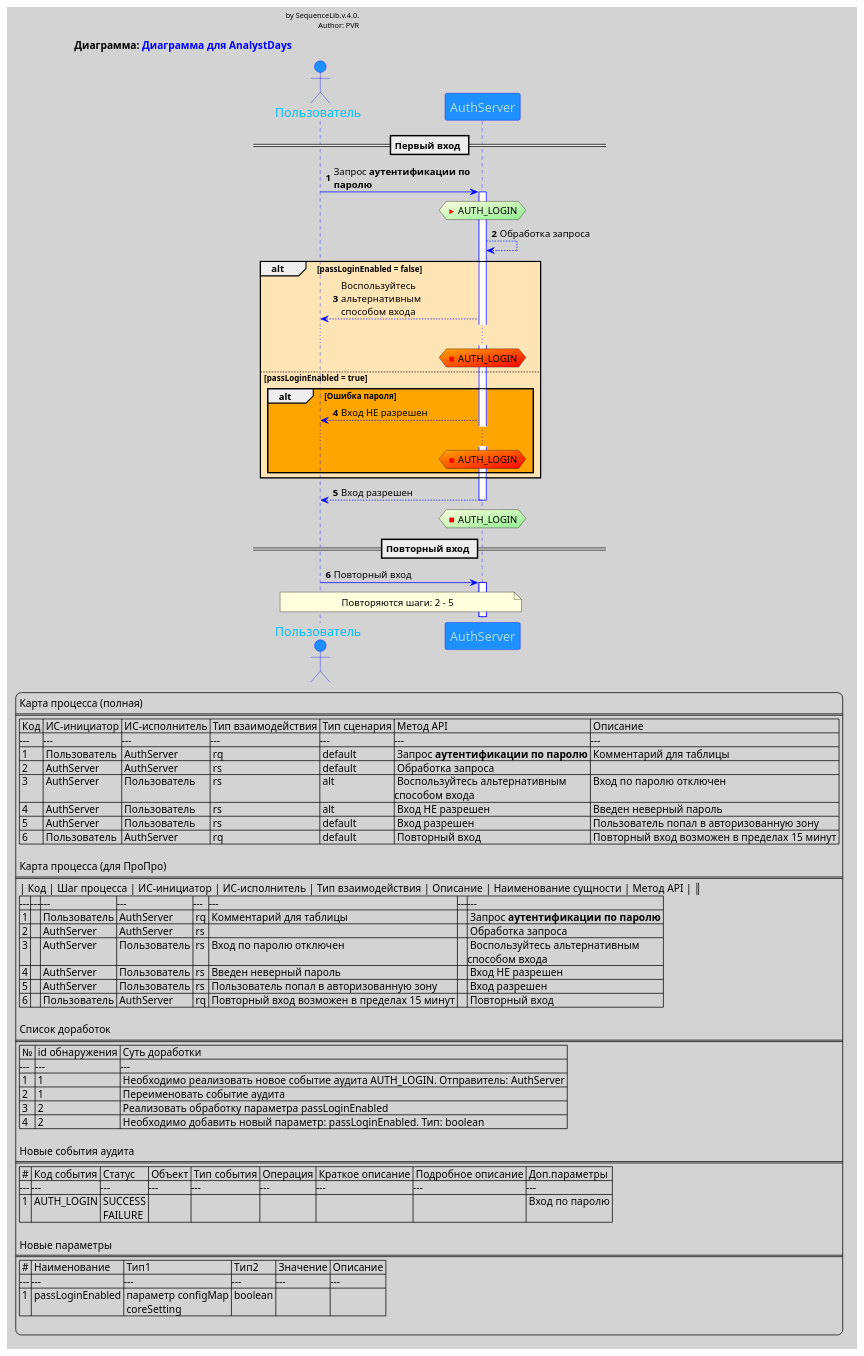
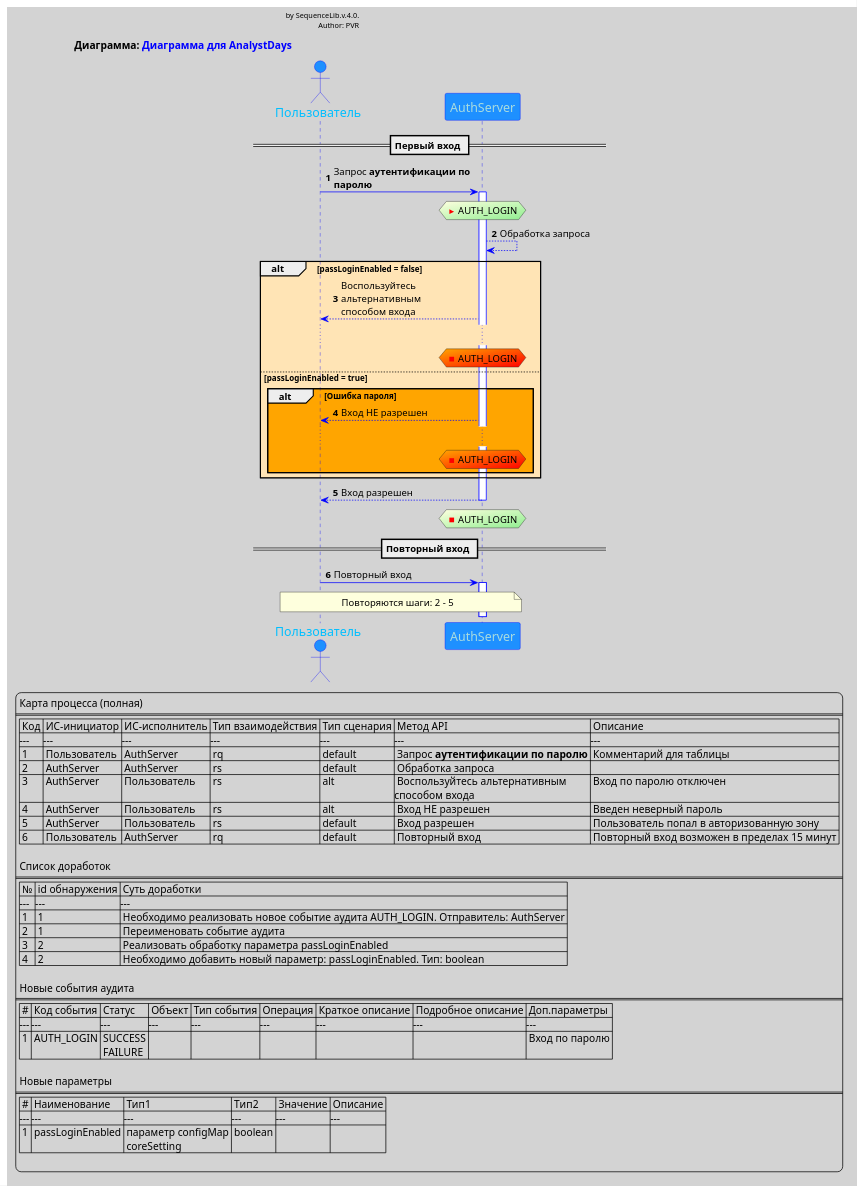
One commit to leraRadicovich/PlantUML_SequenceLib changed the diagram in SequenceLib/Documentation/TO BE_original.puml. Above: the diagram before and after it, drawn with PlantUML. The commit also changed 4 other files, not shown here.

```diff
--- a/SequenceLib/Documentation/TO BE_original.puml
+++ b/SequenceLib/Documentation/TO BE_original.puml
@@ -1,100 +1,89 @@
 @startuml
 
 autonumber
 skinparam dpi 100
 skinparam maxMessageSize 200
 skinparam backgroundColor LightGray
 skinparam sequence {
 ArrowColor blue
 ActorBorderColor blue
 LifeLineBorderColor blue
 LifeLineBackgroundColor #White
 ParticipantBorderColor blue
 ParticipantBackgroundColor DodgerBlue
 ParticipantFontName Impact
 ParticipantFontSize 17
 ParticipantFontColor #A9DCDF
 ActorBackgroundColor DodgerBlue
 ActorFontColor DeepSkyBlue
 ActorFontSize 17
 ActorFontName Aapex
 }
 
 title Диаграмма: <color:blue>Диаграмма для AnalystDays
 header <color:black>by SequenceLib.v.4.0.\n <color:black>Author: PVR
 
 participant "AuthServer" as srv order 1
 actor "Пользователь" as user
 
 
 == Первый вход ==
 user -> srv ++: Запрос **аутентификации по паролю**
         hnote over srv #lightyellow/lightgreen: <color:red><&media-play> <color:black>AUTH_LOGIN
 srv --> srv : Обработка запроса
 alt #moccasin passLoginEnabled = false
     srv --> user : Воспользуйтесь альтернативным\nспособом входа
     ...
         hnote over srv #orange/red: <color:red><&media-stop> <color:black>AUTH_LOGIN
 else  passLoginEnabled = true
 alt #orange Ошибка пароля
     srv --> user : Вход НЕ разрешен
     ...
         hnote over srv #orange/red: <color:red><&media-stop> <color:black>AUTH_LOGIN
 end
 
 end
 
 srv --> user --: Вход разрешен
         hnote over srv #lightyellow/lightgreen: <color:red><&media-stop> <color:black>AUTH_LOGIN
 
 
 == Повторный вход ==
 user -> srv ++: Повторный вход
 note across : Повторяются шаги: 2 - 5
 
 legend
 Карта процесса (полная)
 ====
 | Код | ИC-инициатор | ИС-исполнитель | Тип взаимодействия | Тип сценария | Метод API | Описание |
 |---|---|---|---|---|---|---|
 | 1 | Пользователь | AuthServer | rq | default | Запрос **аутентификации по паролю** | Комментарий для таблицы |
 | 2 | AuthServer | AuthServer | rs | default | Обработка запроса |  |
 | 3 | AuthServer | Пользователь | rs | alt | Воспользуйтесь альтернативным\nспособом входа | Вход по паролю отключен |
 | 4 | AuthServer | Пользователь | rs | alt | Вход НЕ разрешен | Введен неверный пароль |
 | 5 | AuthServer | Пользователь | rs | default | Вход разрешен | Пользователь попал в авторизованную зону |
 | 6 | Пользователь | AuthServer | rq | default | Повторный вход | Повторный вход возможен в пределах 15 минут |
 
-Карта процесса (для ПроПро)
-====
-| Код | Шаг процесса | ИC-инициатор | ИС-исполнитель | Тип взаимодействия | Описание | Наименование сущности | Метод API |  ║
-|---|---|---|---|---|---|---|---|
-| 1 |  | Пользователь | AuthServer | rq | Комментарий для таблицы | | Запрос **аутентификации по паролю** |
-| 2 |  | AuthServer | AuthServer | rs |  | | Обработка запроса |
-| 3 |  | AuthServer | Пользователь | rs | Вход по паролю отключен | | Воспользуйтесь альтернативным\nспособом входа |
-| 4 |  | AuthServer | Пользователь | rs | Введен неверный пароль | | Вход НЕ разрешен |
-| 5 |  | AuthServer | Пользователь | rs | Пользователь попал в авторизованную зону | | Вход разрешен |
-| 6 |  | Пользователь | AuthServer | rq | Повторный вход возможен в пределах 15 минут | | Повторный вход |
-
 Список доработок
 ====
 | № | id обнаружения | Суть доработки|
 |---|---|---|
 | 1 | 1 | Необходимо реализовать новое событие аудита AUTH_LOGIN. Отправитель: AuthServer |
 | 2 | 1 | Переименовать событие аудита |
 | 3 | 2 | Реализовать обработку параметра passLoginEnabled |
 | 4 | 2 | Необходимо добавить новый параметр: passLoginEnabled. Тип: boolean |
 
 Новые события аудита
 ====
 | # | Код события | Статус | Объект | Тип события | Операция | Краткое описание | Подробное описание | Доп.параметры |
 |---|---|---|---|---|---|---|---|---|
 | 1 | AUTH_LOGIN | SUCCESS \n FAILURE |  |  |  |  |  | Вход по паролю |
 
 Новые параметры
 ====
 | # | Наименование | Тип1 | Тип2 | Значение | Описание |
 |---|---|---|---|---|---|
 | 1 | passLoginEnabled | параметр configMap \n coreSetting | boolean |  |  |
 
 end legend
 @enduml
```
